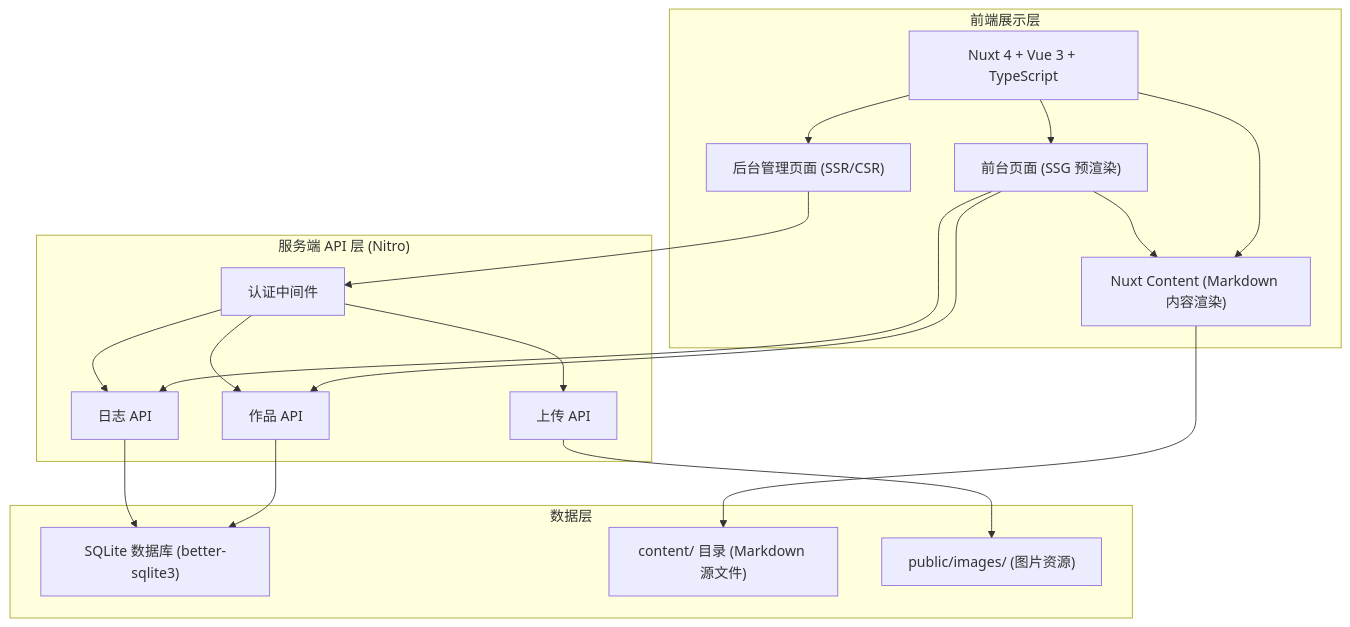
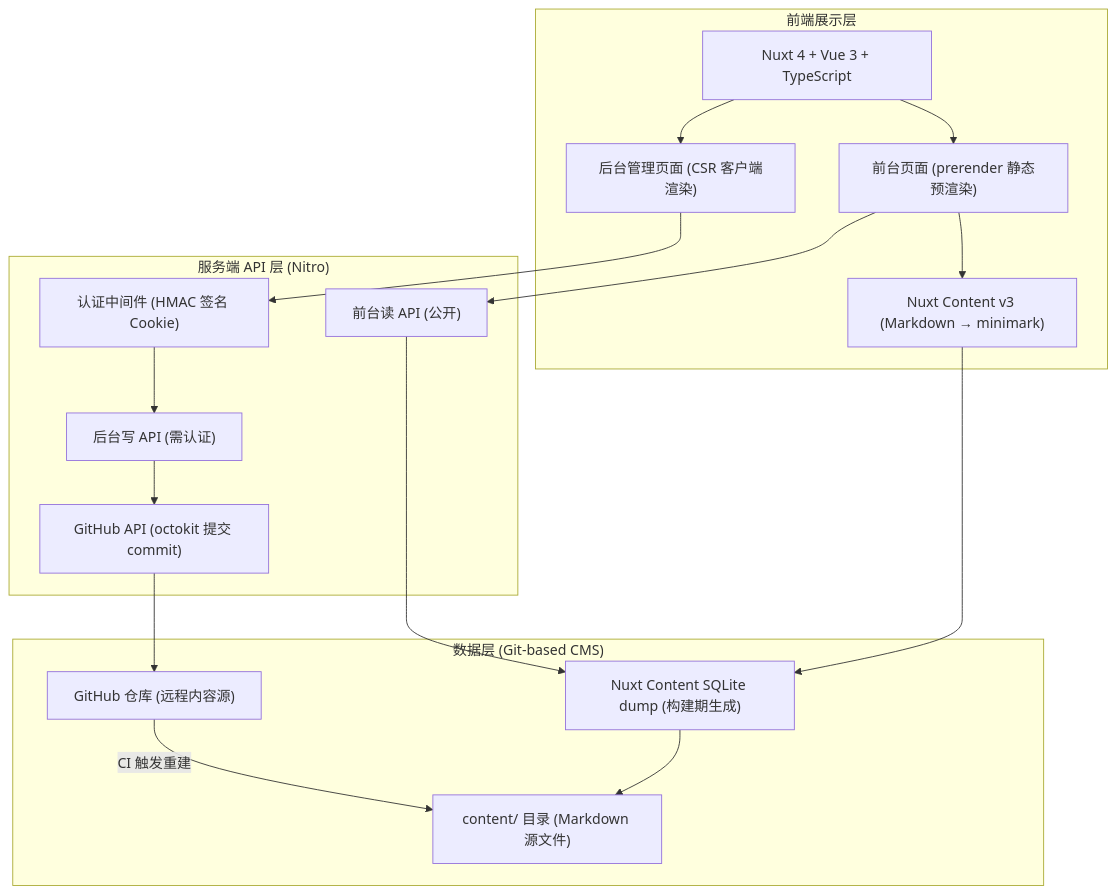
One commit to SonicMiso/kakinns-blog changed the first of 4 diagrams in .trae/documents/技术架构.md. Above: the diagram before and after it, drawn with Mermaid. The commit also changed other lines of this file and 4 other files, not shown here.

````diff
--- a/.trae/documents/技术架构.md
+++ b/.trae/documents/技术架构.md
@@ -3,37 +3,35 @@
 ```mermaid
 flowchart TB
   subgraph "前端展示层"
     A["Nuxt 4 + Vue 3 + TypeScript"]
-    B["前台页面 (SSG 预渲染)"]
-    C["后台管理页面 (SSR/CSR)"]
-    D["Nuxt Content (Markdown 内容渲染)"]
+    B["前台页面 (prerender 静态预渲染)"]
+    C["后台管理页面 (CSR 客户端渲染)"]
+    D["Nuxt Content v3 (Markdown → minimark)"]
   end
-  
+
   subgraph "服务端 API 层 (Nitro)"
-    E["认证中间件"]
-    F["作品 API"]
-    G["日志 API"]
-    H["上传 API"]
+    E["认证中间件 (HMAC 签名 Cookie)"]
+    F["前台读 API (公开)"]
+    G["后台写 API (需认证)"]
+    H["GitHub API (octokit 提交 commit)"]
   end
-  
-  subgraph "数据层"
-    I["SQLite 数据库 (better-sqlite3)"]
-    J["content/ 目录 (Markdown 源文件)"]
-    K["public/images/ (图片资源)"]
+
+  subgraph "数据层 (Git-based CMS)"
+    I["content/ 目录 (Markdown 源文件)"]
+    J["Nuxt Content SQLite dump (构建期生成)"]
+    K["GitHub 仓库 (远程内容源)"]
   end
-  
+
   A --> B
   A --> C
-  A --> D
   B --> D
   B --> F
-  B --> G
   C --> E
-  E --> F
   E --> G
-  E --> H
-  F --> I
-  G --> I
+  G --> H
   H --> K
+  F --> J
   D --> J
+  J --> I
+  K -->|CI 触发重建| I
 ```
````
